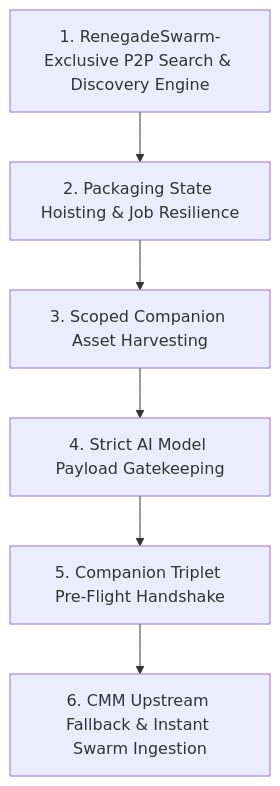
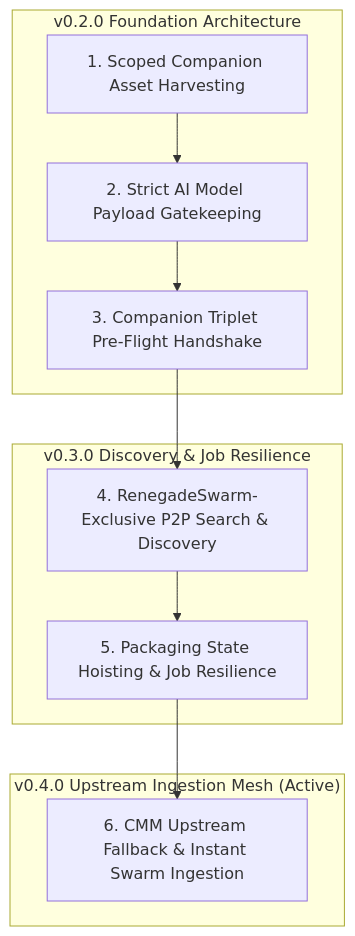
The diagram in ROADMAP.md (DevNullInc/RenegadeSwarm), drawn with Mermaid before and after one commit. The commit also changed other lines of this file and 15 other files, not shown here.

Commit message:
feat(release): release v0.3.0, chronologically align roadmap milestones, and synchronize version metadata

````diff
--- a/ROADMAP.md
+++ b/ROADMAP.md
@@ -19,8 +19,20 @@
 ```mermaid
 flowchart TD
-    M1[1. RenegadeSwarm-Exclusive P2P Search & Discovery Engine] --> M2[2. Packaging State Hoisting & Job Resilience]
-    M2 --> M3[3. Scoped Companion Asset Harvesting]
-    M3 --> M4[4. Strict AI Model Payload Gatekeeping]
-    M4 --> M5[5. Companion Triplet Pre-Flight Handshake]
-    M5 --> M6[6. CMM Upstream Fallback & Instant Swarm Ingestion]
+    subgraph v020 ["v0.2.0 Foundation Architecture"]
+        M1["1. Scoped Companion Asset Harvesting"]
+        M2["2. Strict AI Model Payload Gatekeeping"]
+        M3["3. Companion Triplet Pre-Flight Handshake"]
+        M1 --> M2 --> M3
+    end
+    
+    subgraph v030 ["v0.3.0 Discovery & Job Resilience"]
+        M4["4. RenegadeSwarm-Exclusive P2P Search & Discovery"]
+        M5["5. Packaging State Hoisting & Job Resilience"]
+        M3 --> M4 --> M5
+    end
+
+    subgraph v040 ["v0.4.0 Upstream Ingestion Mesh (Active)"]
+        M6["6. CMM Upstream Fallback & Instant Swarm Ingestion"]
+        M5 --> M6
+    end
 ```
````
